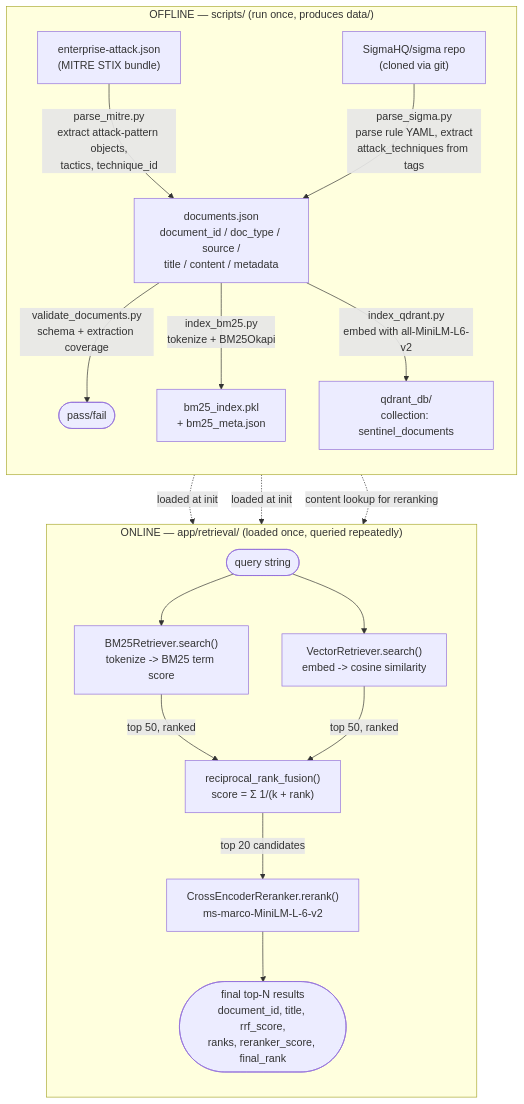
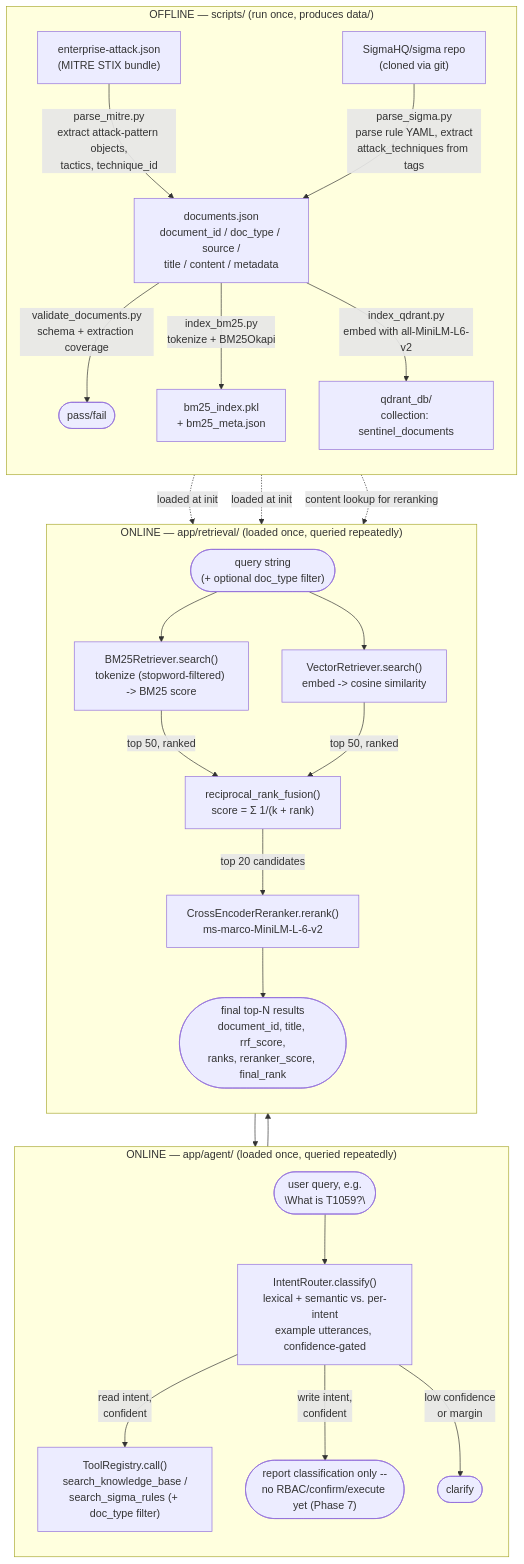
One commit to VedantK750/sentinel-agentic-AI-SOC-assistant changed the diagram in ARCHITECTURE.md. Above: the diagram before and after it, drawn with Mermaid. The commit also changed other lines of this file and 10 other files, not shown here.

````diff
--- a/ARCHITECTURE.md
+++ b/ARCHITECTURE.md
@@ -115,28 +119,39 @@
 ```mermaid
 flowchart TB
     subgraph offline["OFFLINE — scripts/ (run once, produces data/)"]
         direction TB
         mitre["enterprise-attack.json\n(MITRE STIX bundle)"]
         sigmarepo["SigmaHQ/sigma repo\n(cloned via git)"]
         mitre -->|"parse_mitre.py\nextract attack-pattern objects,\ntactics, technique_id"| docs["documents.json\ndocument_id / doc_type / source /\ntitle / content / metadata"]
         sigmarepo -->|"parse_sigma.py\nparse rule YAML, extract\nattack_techniques from tags"| docs
         docs -->|"validate_documents.py\nschema + extraction coverage"| valid(["pass/fail"])
         docs -->|"index_bm25.py\ntokenize + BM25Okapi"| bm25idx["bm25_index.pkl\n+ bm25_meta.json"]
         docs -->|"index_qdrant.py\nembed with all-MiniLM-L6-v2"| qdrantidx["qdrant_db/\ncollection: sentinel_documents"]
     end
 
+    subgraph agent["ONLINE — app/agent/ (loaded once, queried repeatedly)"]
+        direction TB
+        userq(["user query, e.g.\n\"What is T1059?\""])
+        userq --> router["IntentRouter.classify()\nlexical + semantic vs. per-intent\nexample utterances, confidence-gated"]
+        router -->|"read intent,\nconfident"| tool["ToolRegistry.call()\nsearch_knowledge_base /\nsearch_sigma_rules (+ doc_type filter)"]
+        router -->|"write intent,\nconfident"| stub(["report classification only --\nno RBAC/confirm/execute yet (Phase 7)"])
+        router -->|"low confidence\nor margin"| clarify(["clarify"])
+    end
+
     subgraph online["ONLINE — app/retrieval/ (loaded once, queried repeatedly)"]
         direction TB
-        query(["query string"])
-        query --> bm25r["BM25Retriever.search()\ntokenize -> BM25 term score"]
+        query(["query string\n(+ optional doc_type filter)"])
+        query --> bm25r["BM25Retriever.search()\ntokenize (stopword-filtered) -> BM25 score"]
         query --> vecr["VectorRetriever.search()\nembed -> cosine similarity"]
         bm25idx -.->|loaded at init| bm25r
         qdrantidx -.->|loaded at init| vecr
         bm25r -->|"top 50, ranked"| rrf["reciprocal_rank_fusion()\nscore = Σ 1/(k + rank)"]
         vecr -->|"top 50, ranked"| rrf
         rrf -->|"top 20 candidates"| rerank["CrossEncoderReranker.rerank()\nms-marco-MiniLM-L-6-v2"]
         rerank --> results(["final top-N results\ndocument_id, title, rrf_score,\nranks, reranker_score, final_rank"])
     end
 
+    tool --> query
+    results --> tool
     docs -.->|"content lookup for reranking"| rerank
 ```
````
